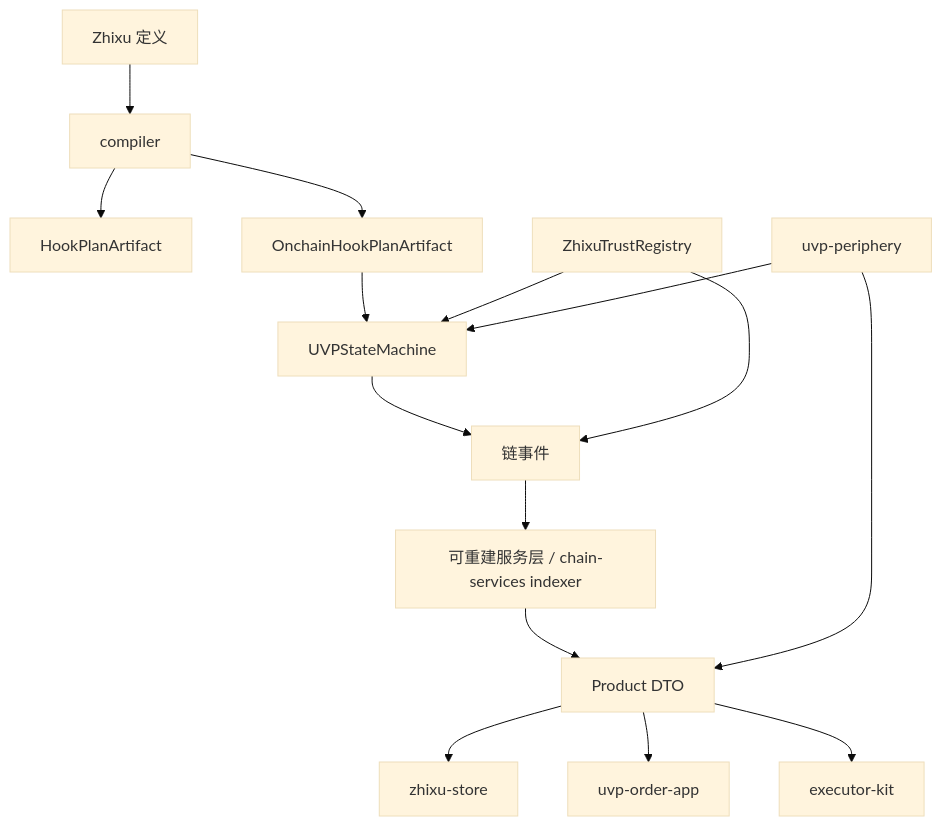
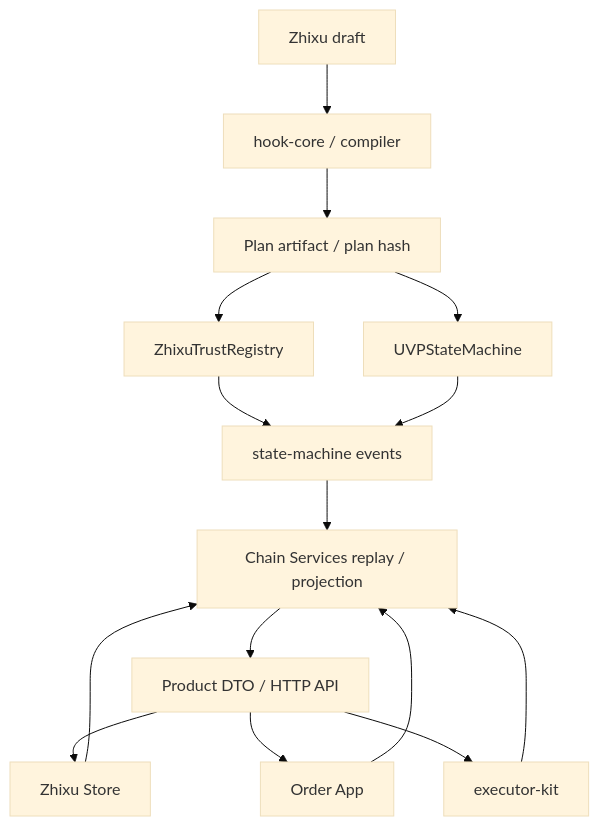
The diagram in wiki/concepts/architecture.md (conucleus/uvp-wiki), drawn with Mermaid (base theme) before and after one commit. The commit also changed other lines of this file and 139 other files, not shown here.

````diff
--- a/wiki/concepts/architecture.md
+++ b/wiki/concepts/architecture.md
@@ -5,17 +5,17 @@
 ```mermaid
 flowchart TD
-  Z["Zhixu 定义"] --> C["compiler"]
-  C --> HP["HookPlanArtifact"]
-  C --> OHP["OnchainHookPlanArtifact"]
-  OHP --> SM["UVPStateMachine"]
-  TR["ZhixuTrustRegistry"] --> SM
-  SM --> EV["链事件"]
-  TR --> EV
-  EV --> IDX["可重建服务层 / chain-services indexer"]
-  IDX --> DTO["Product DTO"]
-  DTO --> Store["zhixu-store"]
-  DTO --> OrderApp["uvp-order-app"]
+  Z["Zhixu draft"] --> HC["hook-core / compiler"]
+  HC --> P["Plan artifact / plan hash"]
+  P --> TR["ZhixuTrustRegistry"]
+  P --> SM["UVPStateMachine"]
+  TR --> EV["registry events"]
+  SM --> EV["state-machine events"]
+  EV --> CS["Chain Services replay / projection"]
+  CS --> DTO["Product DTO / HTTP API"]
+  DTO --> Store["Zhixu Store"]
+  DTO --> OrderApp["Order App"]
   DTO --> Exec["executor-kit"]
-  Peri["uvp-periphery"] --> SM
-  Peri --> DTO
+  Store --> CS
+  OrderApp --> CS
+  Exec --> CS
 ```
````
